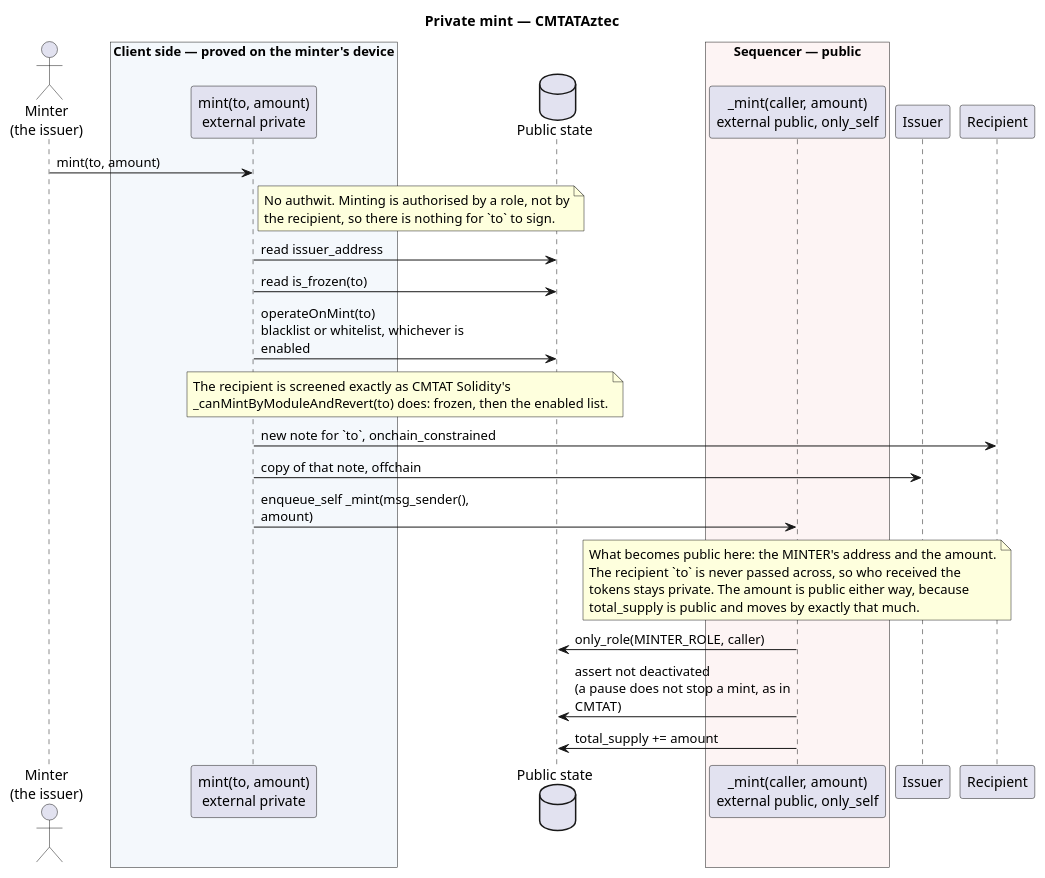
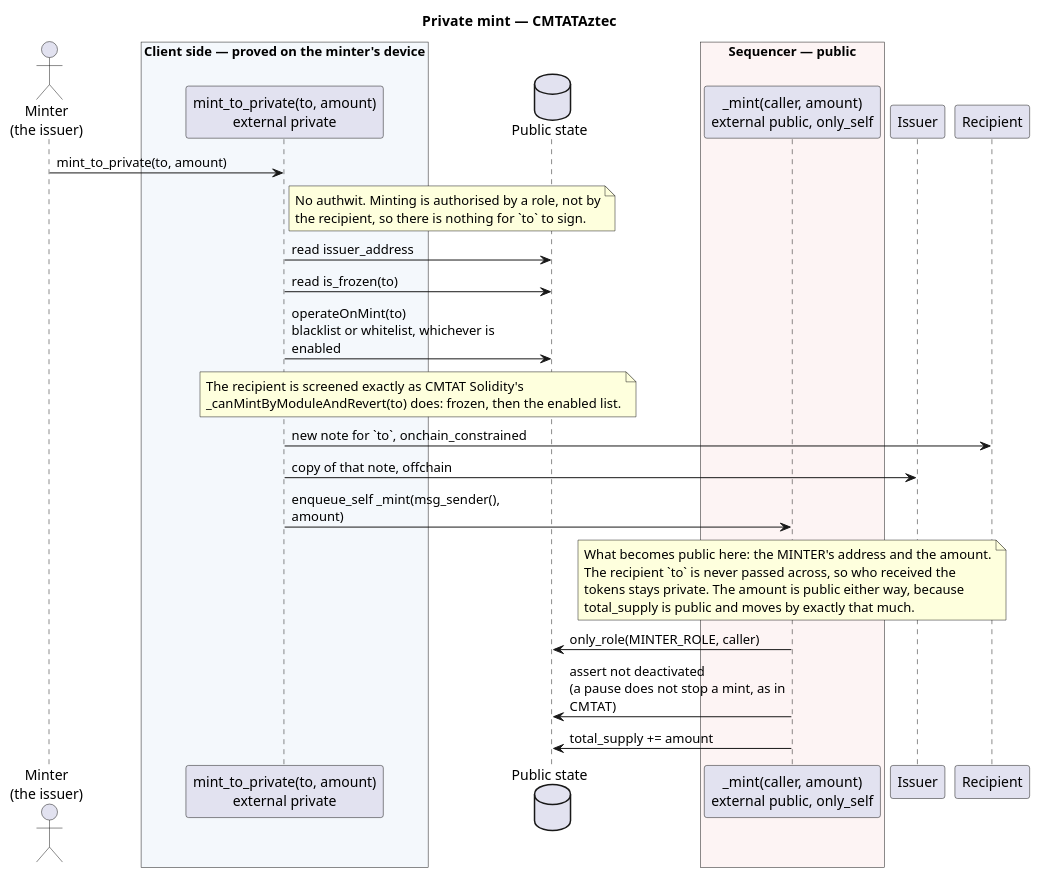
One commit to CMTA/private-CMTAT-aztec changed the diagram in doc/img/mint-flow.puml. Above: the diagram before and after it, drawn with PlantUML. The commit also changed 35 other files, not shown here.

Commit message:
feat: rename transfer, mint, public_get_name/symbol/decimals to the AIP-20 names so the private profile answers the standard's selectors

```diff
--- a/doc/img/mint-flow.puml
+++ b/doc/img/mint-flow.puml
@@ -1,46 +1,46 @@
 @startuml
 title Private mint — CMTATAztec
 
 skinparam sequenceMessageAlign left
 skinparam maxMessageSize 250
 
 actor "Minter\n(the issuer)" as Minter
 box "Client side — proved on the minter's device" #F4F8FC
-participant "mint(to, amount)\nexternal private" as Priv
+participant "mint_to_private(to, amount)\nexternal private" as Priv
 end box
 database "Public state" as PS
 box "Sequencer — public" #FDF4F4
 participant "_mint(caller, amount)\nexternal public, only_self" as Pub
 end box
 participant "Issuer" as Issuer
 participant "Recipient" as To
 
-Minter -> Priv : mint(to, amount)
+Minter -> Priv : mint_to_private(to, amount)
 note right of Priv
   No authwit. Minting is authorised by a role, not by
   the recipient, so there is nothing for `to` to sign.
 end note
 
 Priv -> PS : read issuer_address
 Priv -> PS : read is_frozen(to)
 Priv -> PS : operateOnMint(to)\nblacklist or whitelist, whichever is enabled
 note over Priv, PS
   The recipient is screened exactly as CMTAT Solidity's
   _canMintByModuleAndRevert(to) does: frozen, then the enabled list.
 end note
 
 Priv -> To : new note for `to`, onchain_constrained
 Priv -> Issuer : copy of that note, offchain
 
 Priv -> Pub : enqueue_self _mint(msg_sender(), amount)
 note over Pub
   What becomes public here: the MINTER's address and the amount.
   The recipient `to` is never passed across, so who received the
   tokens stays private. The amount is public either way, because
   total_supply is public and moves by exactly that much.
 end note
 Pub -> PS : only_role(MINTER_ROLE, caller)
 Pub -> PS : assert not deactivated\n(a pause does not stop a mint, as in CMTAT)
 Pub -> PS : total_supply += amount
 
 @enduml
```
